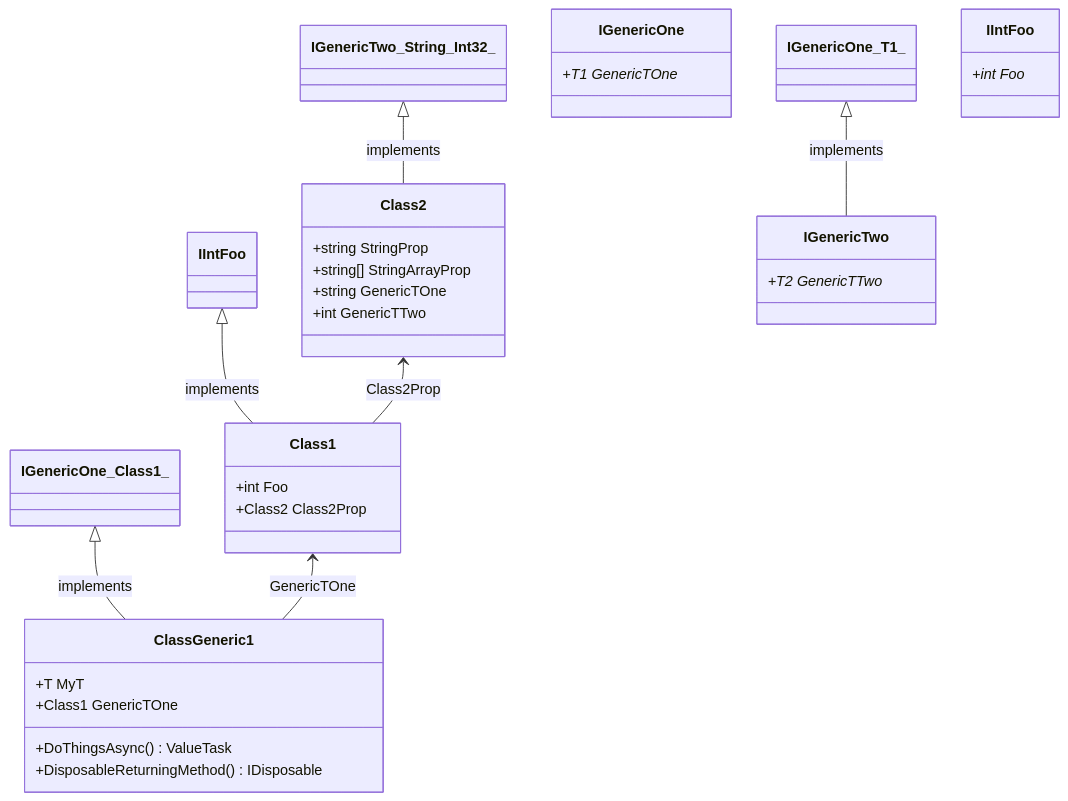
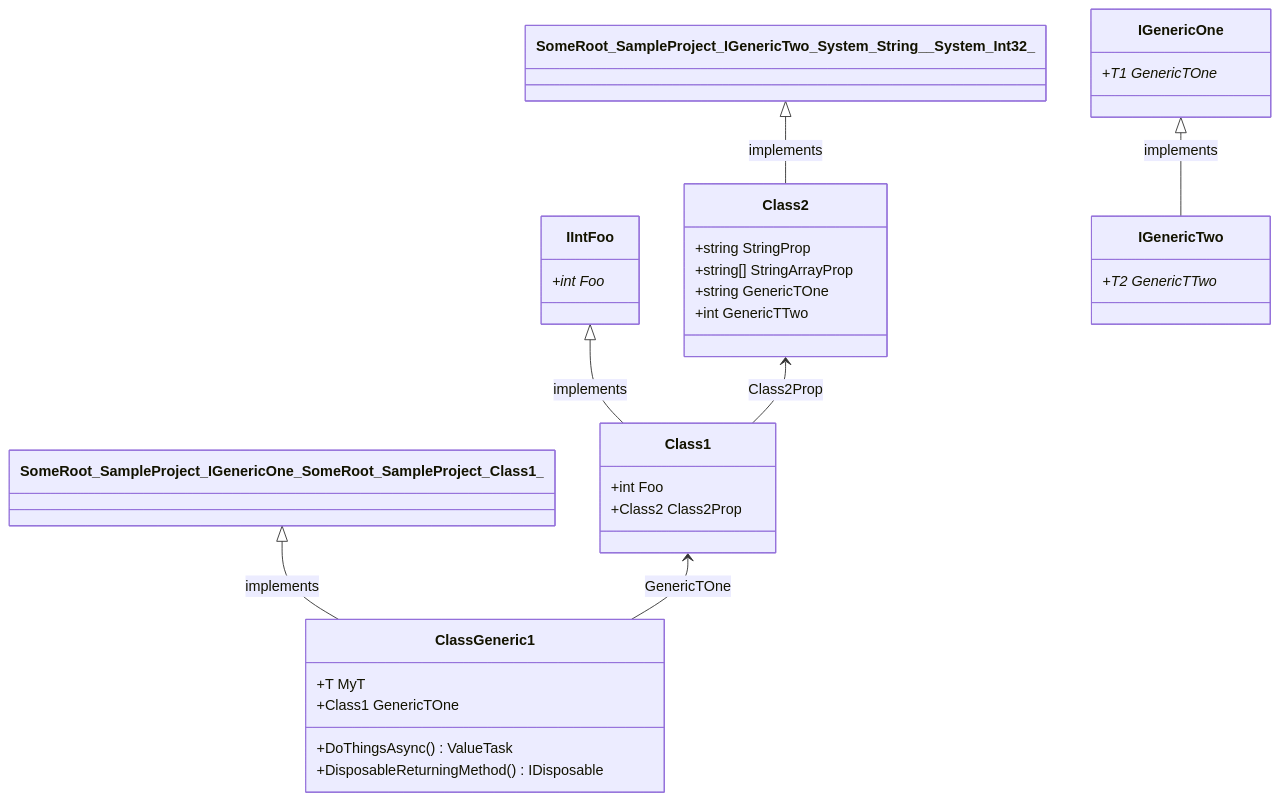
The seventh of 7 diagrams in test/SampleProject/CODE_METRICS.md (erichiller/gh-action-cs-metrics), drawn with Mermaid before and after one commit. The commit also changed other lines of this file, not shown here.

Commit message:
Updated Code metrics

````diff
--- a/test/SampleProject/CODE_METRICS.md
+++ b/test/SampleProject/CODE_METRICS.md
@@ -302,44 +302,44 @@
 ```mermaid
 %%{init: {
     'fontFamily': 'monospace'
 } }%%
 classDiagram
-IIntFoo <|-- SomeRoot_SampleProject_Class1 : implements
+SomeRoot_SampleProject_IIntFoo <|-- SomeRoot_SampleProject_Class1 : implements
 SomeRoot_SampleProject_Class2 <-- SomeRoot_SampleProject_Class1 : Class2Prop
 class SomeRoot_SampleProject_Class1 ["Class1"] {
     +int Foo
     +Class2 Class2Prop
 }
 
-IGenericTwo_String_Int32_ <|-- SomeRoot_SampleProject_Class2 : implements
+SomeRoot_SampleProject_IGenericTwo_System_String__System_Int32_ <|-- SomeRoot_SampleProject_Class2 : implements
 class SomeRoot_SampleProject_Class2 ["Class2"] {
     +string StringProp
     +string[] StringArrayProp
     +string GenericTOne
     +int GenericTTwo
 }
 
-IGenericOne_Class1_ <|-- SomeRoot_SampleProject_ClassGeneric1_T_ : implements
+SomeRoot_SampleProject_IGenericOne_SomeRoot_SampleProject_Class1_ <|-- SomeRoot_SampleProject_ClassGeneric1_T_ : implements
 SomeRoot_SampleProject_Class1 <-- SomeRoot_SampleProject_ClassGeneric1_T_ : GenericTOne
 class SomeRoot_SampleProject_ClassGeneric1_T_ ["ClassGeneric1"] {
     +T MyT
     +Class1 GenericTOne
     +DoThingsAsync() ValueTask
     +DisposableReturningMethod() IDisposable
 }
 
 class SomeRoot_SampleProject_IGenericOne_T1_ ["IGenericOne"] {
     +T1 GenericTOne*
 }
 
-IGenericOne_T1_ <|-- SomeRoot_SampleProject_IGenericTwo_T1__T2_ : implements
+SomeRoot_SampleProject_IGenericOne_T1_ <|-- SomeRoot_SampleProject_IGenericTwo_T1__T2_ : implements
 class SomeRoot_SampleProject_IGenericTwo_T1__T2_ ["IGenericTwo"] {
     +T2 GenericTTwo*
 }
 
 class SomeRoot_SampleProject_IIntFoo ["IIntFoo"] {
     +int Foo*
 }
 
 
 ```
````
